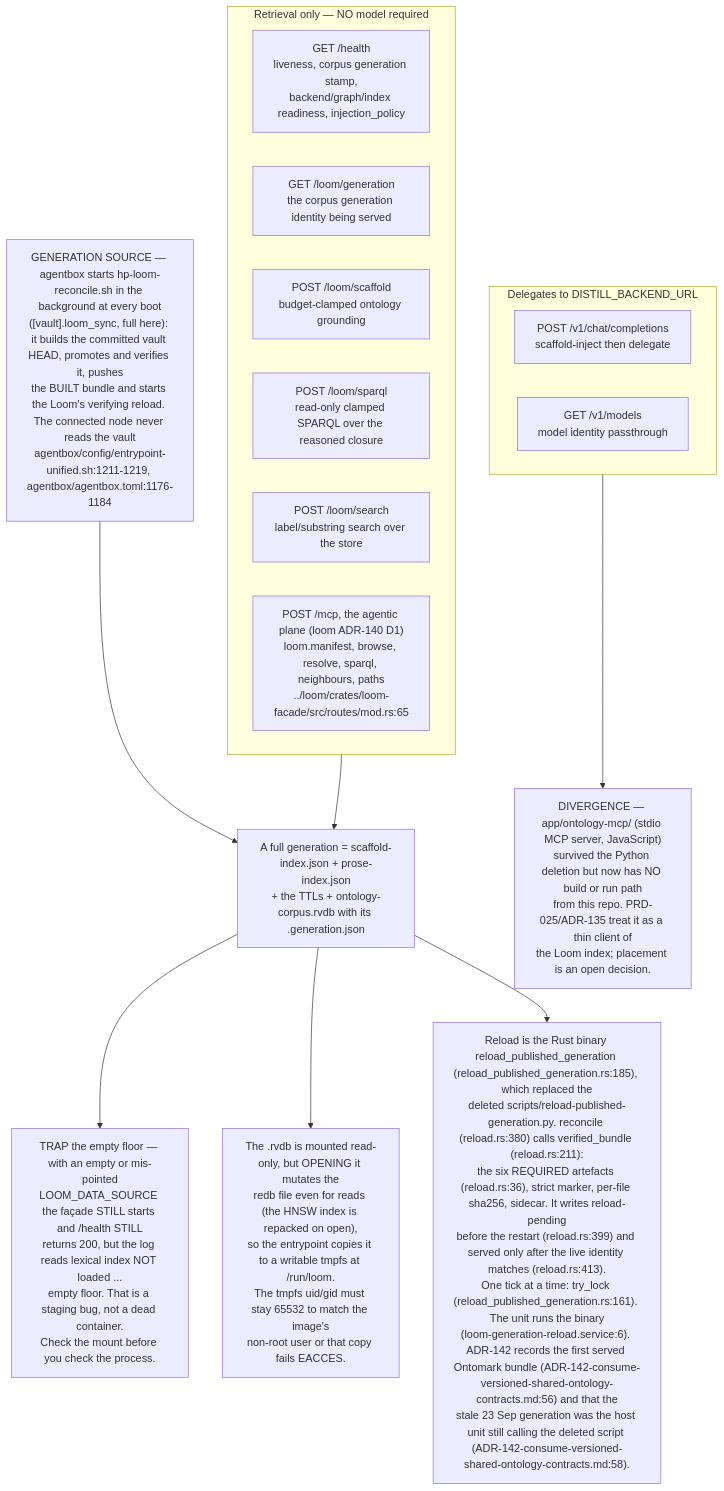
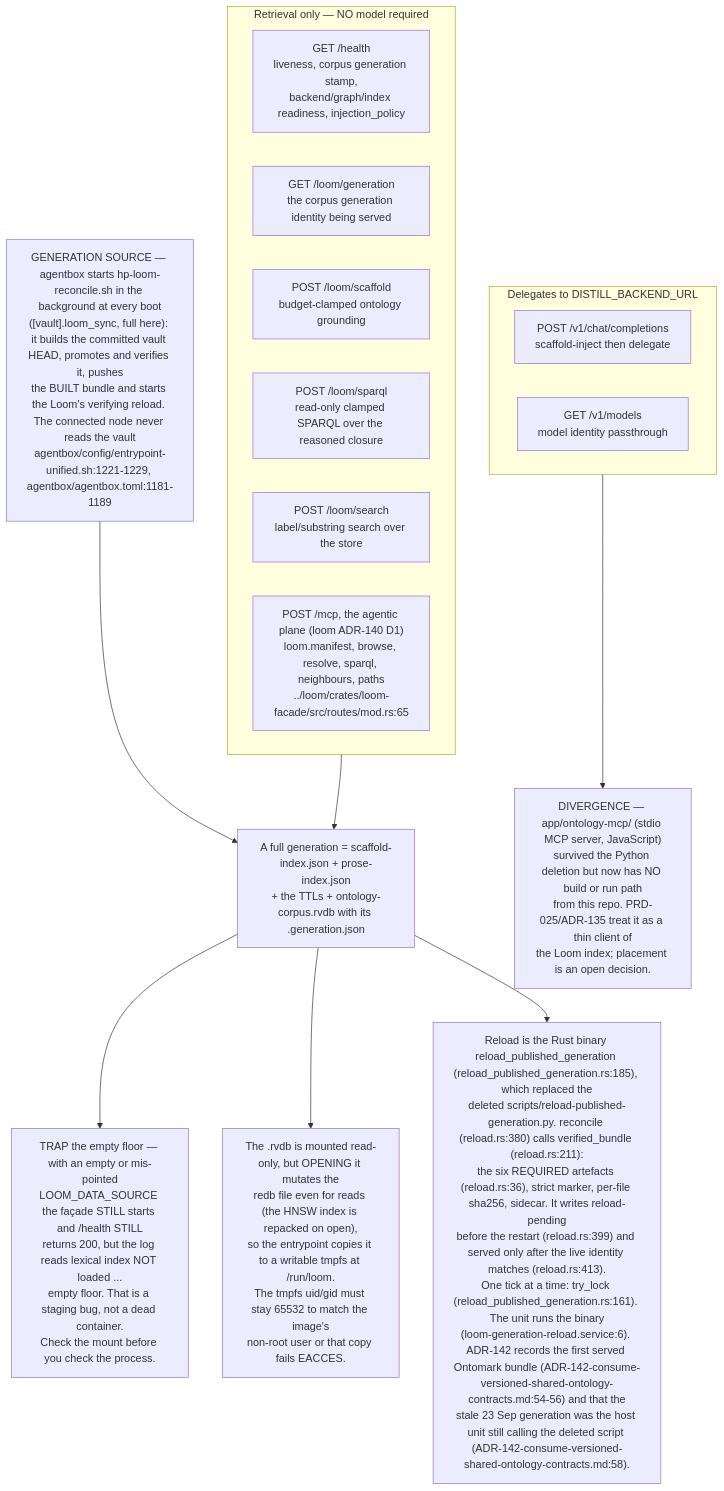
The sixth of 11 diagrams in docs/diagrams/estate/06-loom-and-email-privacy-path.md (DreamLab-AI/VisionFlow), drawn with Mermaid before and after one commit. The commit also changed other lines of this file and 91 other files, not shown here.

First line of the commit message:
docs(audit): estate audit wave 2, every repository except agentbox and VisionClaw

````diff
--- a/docs/diagrams/estate/06-loom-and-email-privacy-path.md
+++ b/docs/diagrams/estate/06-loom-and-email-privacy-path.md
@@ -206,29 +207,29 @@
 ```mermaid
 flowchart TB
     subgraph nomodel["Retrieval only — NO model required"]
         E1["GET /health<br/>liveness, corpus generation stamp,<br/>backend/graph/index readiness, injection_policy"]
         E2["GET /loom/generation<br/>the corpus generation identity being served"]
         E3["POST /loom/scaffold<br/>budget-clamped ontology grounding"]
         E4["POST /loom/sparql<br/>read-only clamped SPARQL over the reasoned closure"]
         E5["POST /loom/search<br/>label/substring search over the store"]
         E8["POST /mcp, the agentic plane (loom ADR-140 D1)<br/>loom.manifest, browse, resolve, sparql, neighbours, paths<br/>../loom/crates/loom-facade/src/routes/mod.rs:65"]
     end
     subgraph needsmodel["Delegates to DISTILL_BACKEND_URL"]
         E6["POST /v1/chat/completions<br/>scaffold-inject then delegate"]
         E7["GET /v1/models<br/>model identity passthrough"]
     end
     GEN["A full generation = scaffold-index.json + prose-index.json<br/>+ the TTLs + ontology-corpus.rvdb with its .generation.json"]
     T1["TRAP the empty floor — with an empty or mis-pointed<br/>LOOM_DATA_SOURCE the façade STILL starts and /health STILL<br/>returns 200, but the log reads lexical index NOT loaded ...<br/>empty floor. That is a staging bug, not a dead container.<br/>Check the mount before you check the process."]
     T2["The .rvdb is mounted read-only, but OPENING it mutates the<br/>redb file even for reads (the HNSW index is repacked on open),<br/>so the entrypoint copies it to a writable tmpfs at /run/loom.<br/>The tmpfs uid/gid must stay 65532 to match the image's<br/>non-root user or that copy fails EACCES."]
-    D1["Reload is the Rust binary reload_published_generation (reload_published_generation.rs:185), which replaced the<br/>deleted scripts/reload-published-generation.py. reconcile (reload.rs:380) calls verified_bundle (reload.rs:211):<br/>the six REQUIRED artefacts (reload.rs:36), strict marker, per-file sha256, sidecar. It writes reload-pending<br/>before the restart (reload.rs:399) and served only after the live identity matches (reload.rs:413).<br/>One tick at a time: try_lock (reload_published_generation.rs:161). The unit runs the binary<br/>(loom-generation-reload.service:6). ADR-142 records the first served Ontomark bundle (ADR-142-consume-versioned-shared-ontology-contracts.md:56) and that the<br/>stale 23 Sep generation was the host unit still calling the deleted script (ADR-142-consume-versioned-shared-ontology-contracts.md:58)."]
+    D1["Reload is the Rust binary reload_published_generation (reload_published_generation.rs:185), which replaced the<br/>deleted scripts/reload-published-generation.py. reconcile (reload.rs:380) calls verified_bundle (reload.rs:211):<br/>the six REQUIRED artefacts (reload.rs:36), strict marker, per-file sha256, sidecar. It writes reload-pending<br/>before the restart (reload.rs:399) and served only after the live identity matches (reload.rs:413).<br/>One tick at a time: try_lock (reload_published_generation.rs:161). The unit runs the binary<br/>(loom-generation-reload.service:6). ADR-142 records the first served Ontomark bundle (ADR-142-consume-versioned-shared-ontology-contracts.md:54-56) and that the<br/>stale 23 Sep generation was the host unit still calling the deleted script (ADR-142-consume-versioned-shared-ontology-contracts.md:58)."]
     D2["DIVERGENCE — app/ontology-mcp/ (stdio MCP server, JavaScript)<br/>survived the Python deletion but now has NO build or run path<br/>from this repo. PRD-025/ADR-135 treat it as a thin client of<br/>the Loom index; placement is an open decision."]
 
-    RECON["GENERATION SOURCE — agentbox starts hp-loom-reconcile.sh in the background at every boot<br/>([vault].loom_sync, full here): it builds the committed vault HEAD, promotes and verifies it, pushes<br/>the BUILT bundle and starts the Loom's verifying reload. The connected node never reads the vault<br/>agentbox/config/entrypoint-unified.sh:1211-1219, agentbox/agentbox.toml:1176-1184"]
+    RECON["GENERATION SOURCE — agentbox starts hp-loom-reconcile.sh in the background at every boot<br/>([vault].loom_sync, full here): it builds the committed vault HEAD, promotes and verifies it, pushes<br/>the BUILT bundle and starts the Loom's verifying reload. The connected node never reads the vault<br/>agentbox/config/entrypoint-unified.sh:1221-1229, agentbox/agentbox.toml:1181-1189"]
 
     nomodel --> GEN
     RECON --> GEN
     GEN --> T1
     GEN --> T2
     GEN --> D1
     needsmodel --> D2
 ```
````
